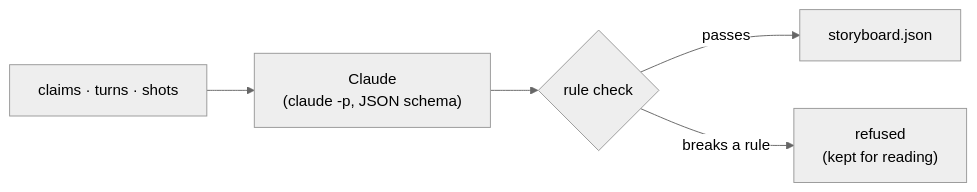
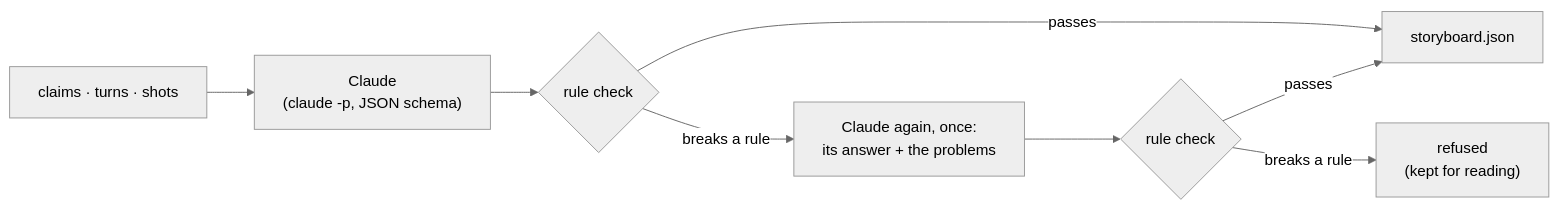
Before and after one commit to gjovanov/roomler-ai-avatar: the second of 2 diagrams in docs/how-it-works.md, drawn with Mermaid (neutral theme). The commit also changed other lines of this file and 33 other files, not shown here.

````diff
--- a/docs/how-it-works.md
+++ b/docs/how-it-works.md
@@ -110,7 +119,10 @@
 ```mermaid
 flowchart LR
   in["claims · turns · shots"] --> claude["Claude<br/>(claude -p, JSON schema)"]
   claude --> check{"rule check"}
   check -- "passes" --> sb["storyboard.json"]
-  check -- "breaks a rule" --> refused["refused<br/>(kept for reading)"]
+  check -- "breaks a rule" --> repair["Claude again, once:<br/>its answer + the problems"]
+  repair --> check2{"rule check"}
+  check2 -- "passes" --> sb
+  check2 -- "breaks a rule" --> refused["refused<br/>(kept for reading)"]
 ```
````
